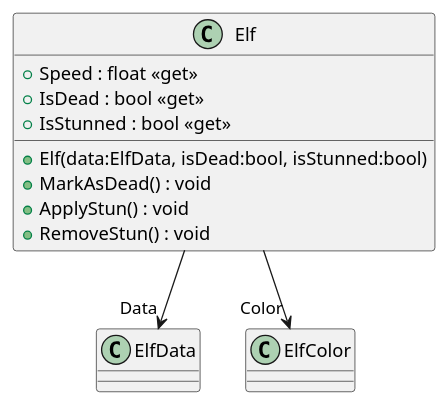
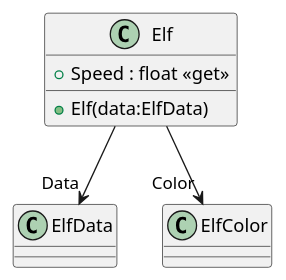
Before and after one commit to felipemmax/ExplodingElves: the diagram in puml/Assets/ExplodingElves/Scripts/Core/Characters/Elf.puml, drawn with PlantUML. The commit also changed 97 other files, not shown here.

```diff
--- a/puml/Assets/ExplodingElves/Scripts/Core/Characters/Elf.puml
+++ b/puml/Assets/ExplodingElves/Scripts/Core/Characters/Elf.puml
@@ -1,13 +1,8 @@
 @startuml
 class Elf {
-    + Elf(data:ElfData, isDead:bool, isStunned:bool)
+    + Elf(data:ElfData)
     + Speed : float <<get>>
-    + IsDead : bool <<get>>
-    + IsStunned : bool <<get>>
-    + MarkAsDead() : void
-    + ApplyStun() : void
-    + RemoveStun() : void
 }
 Elf --> "Data" ElfData
 Elf --> "Color" ElfColor
 @enduml
```
